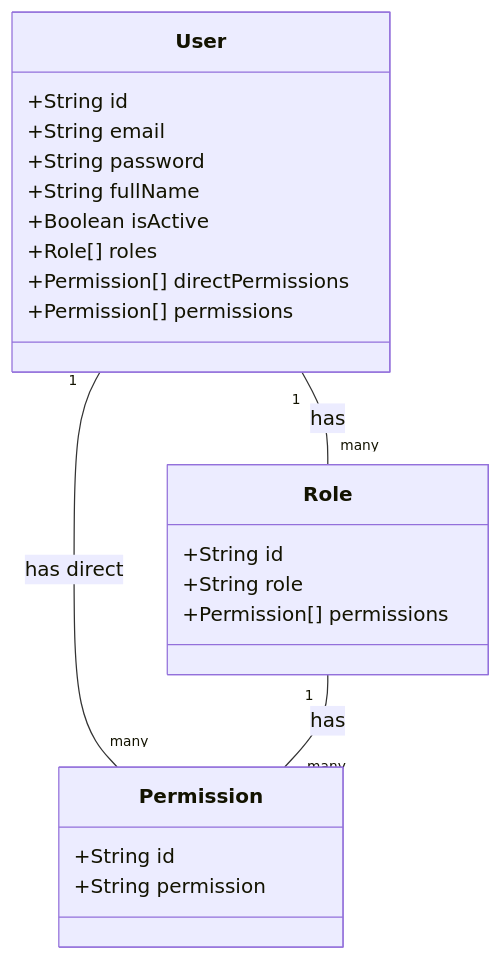
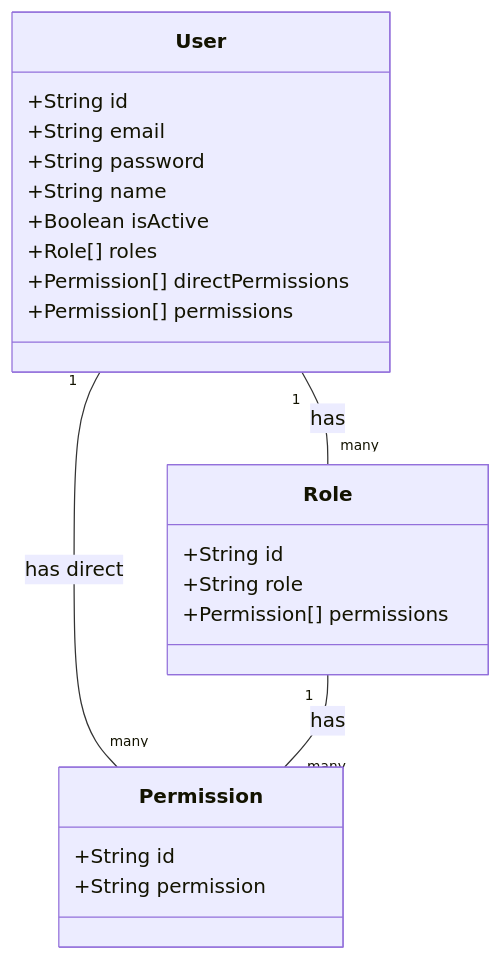
The diagram in src/docs/database.md (darwinsalinas/nest-api-starter-typeorm-pg), drawn with Mermaid before and after one commit. The commit also changed 8 other files, not shown here.

Commit message:
Refactor user-related fields to use 'name' instead of 'fullName' and token to accessToken

````diff
--- a/src/docs/database.md
+++ b/src/docs/database.md
@@ -1,28 +1,28 @@
 ```mermaid
 classDiagram
     class User {
         +String id
         +String email
         +String password
-        +String fullName
+        +String name
         +Boolean isActive
         +Role[] roles
         +Permission[] directPermissions
         +Permission[] permissions
     }
 
     class Role {
         +String id
         +String role
         +Permission[] permissions
     }
 
     class Permission {
         +String id
         +String permission
     }
 
     User "1" -- "many" Role : has
     User "1" -- "many" Permission : has direct
     Role "1" -- "many" Permission : has
 ```
````
